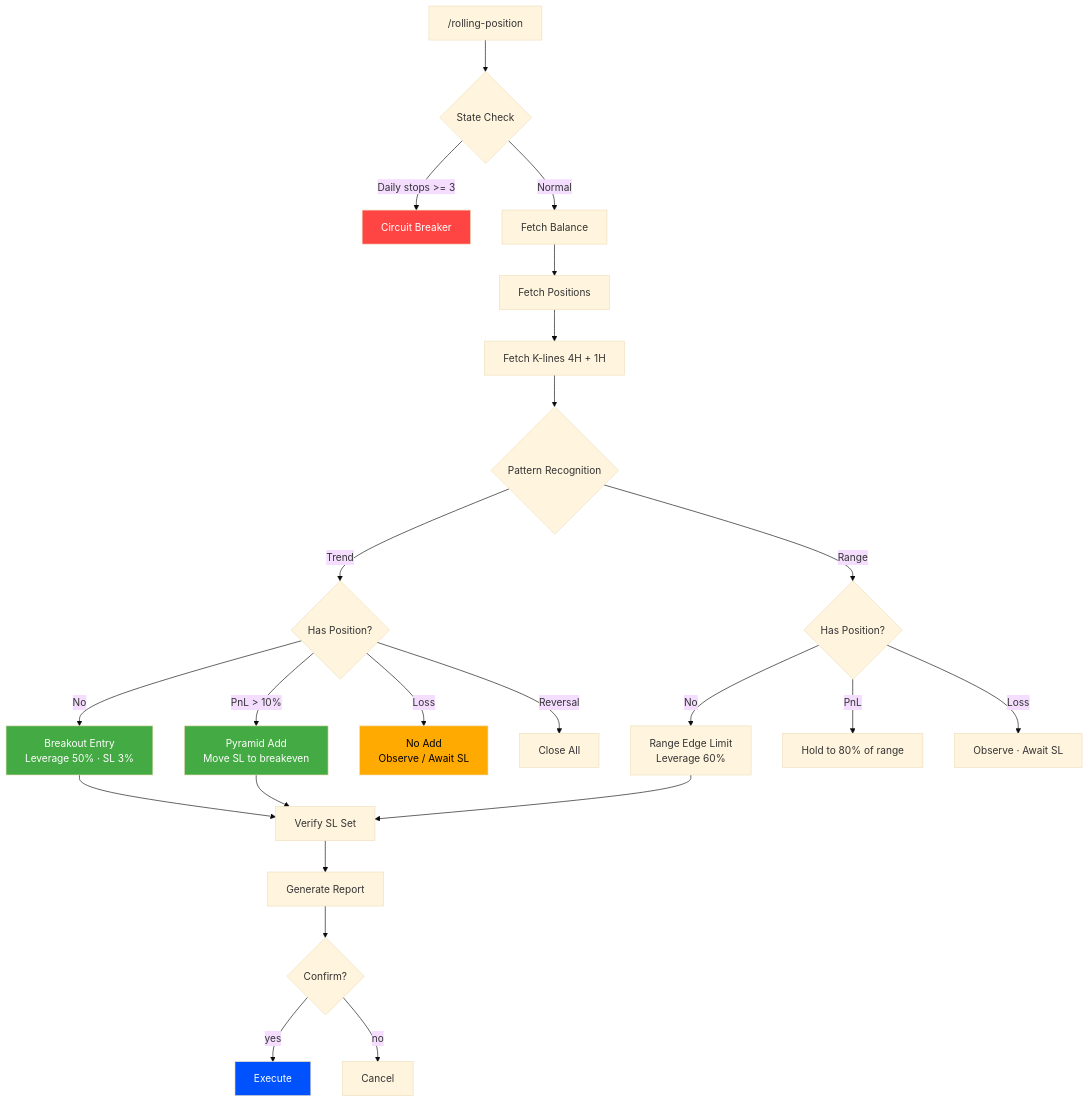
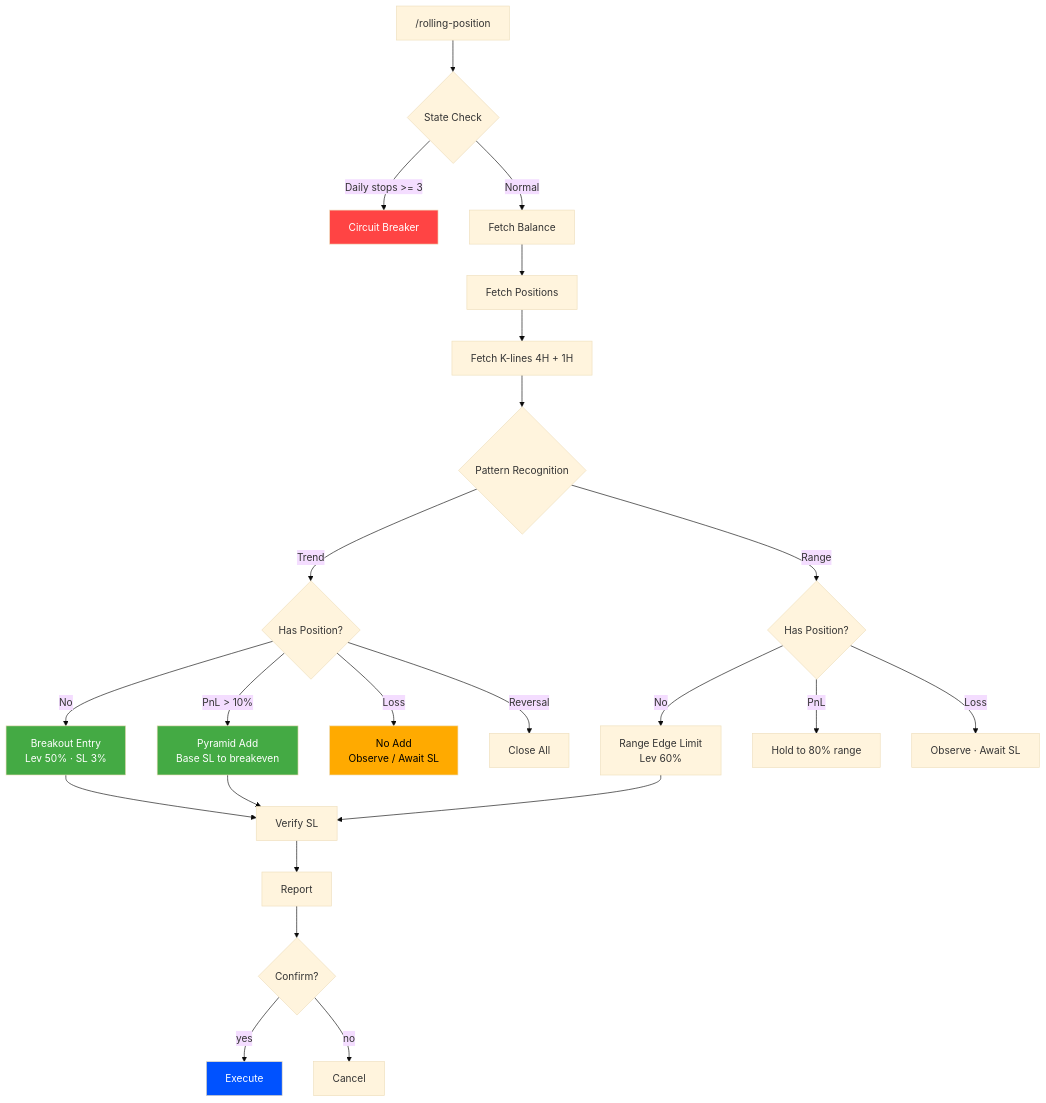
One commit to kime2026/rolling-position-mgbx changed the second of 2 diagrams in README.md. Above: the diagram before and after it, drawn with Mermaid (base theme). The commit also changed other lines of this file, not shown here.

````diff
--- a/README.md
+++ b/README.md
@@ -199,36 +243,36 @@
 ```mermaid
 flowchart TD
     A["/rolling-position"] --> B{State Check}
     B -->|"Daily stops >= 3"| Z[Circuit Breaker]
     B -->|Normal| C[Fetch Balance]
     C --> D[Fetch Positions]
     D --> E["Fetch K-lines 4H + 1H"]
     E --> F{Pattern Recognition}
 
     F -->|Trend| G{Has Position?}
     F -->|Range| H{Has Position?}
 
-    G -->|No| G1["Breakout Entry<br/>Leverage 50% · SL 3%"]
-    G -->|"PnL > 10%"| G2["Pyramid Add<br/>Move SL to breakeven"]
+    G -->|No| G1["Breakout Entry<br/>Lev 50% · SL 3%"]
+    G -->|"PnL > 10%"| G2["Pyramid Add<br/>Base SL to breakeven"]
     G -->|Loss| G3["No Add<br/>Observe / Await SL"]
     G -->|Reversal| G4[Close All]
 
-    H -->|No| H1["Range Edge Limit<br/>Leverage 60%"]
-    H -->|PnL| H2["Hold to 80% of range"]
+    H -->|No| H1["Range Edge Limit<br/>Lev 60%"]
+    H -->|PnL| H2["Hold to 80% range"]
     H -->|Loss| H3["Observe · Await SL"]
 
-    G1 --> V[Verify SL Set]
+    G1 --> V[Verify SL]
     G2 --> V
     H1 --> V
 
-    V --> R[Generate Report]
+    V --> R[Report]
     R --> U{Confirm?}
     U -->|yes| X[Execute]
     U -->|no| Y[Cancel]
 
     style Z fill:#ff4444,color:#fff
     style G3 fill:#ffaa00,color:#000
     style G1 fill:#44aa44,color:#fff
     style G2 fill:#44aa44,color:#fff
     style X fill:#0052FF,color:#fff
 ```
````
